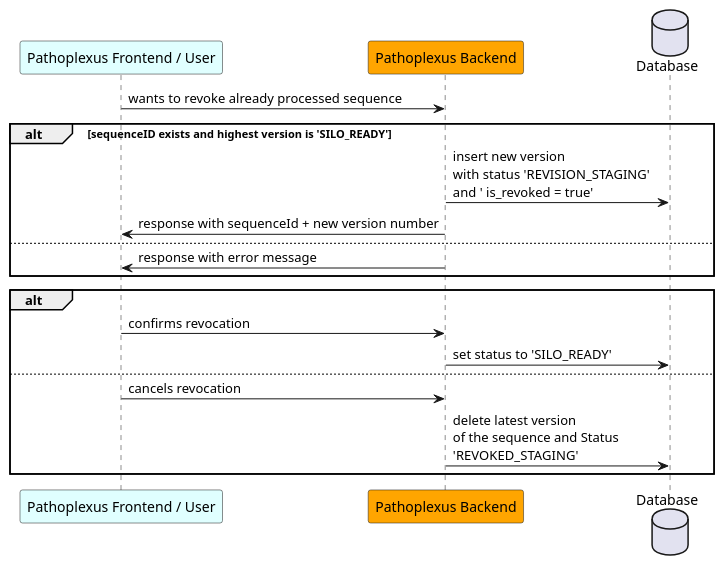
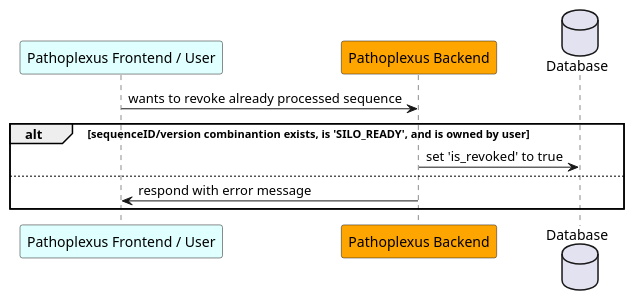
Before and after one commit to loculus-project/loculus: the diagram in backend/docs/plantuml/sequenceRevocation.puml, drawn with PlantUML. The commit also changed 7 other files, not shown here.

First line of the commit message:
doc(backend): propose simpler submission flow

```diff
--- a/backend/docs/plantuml/sequenceRevocation.puml
+++ b/backend/docs/plantuml/sequenceRevocation.puml
@@ -1,22 +1,13 @@
 @startuml
     participant "Pathoplexus Frontend / User" as frontend #LightCyan
     participant "Pathoplexus Backend" as backend #Orange
     database "Database" as DB
 
     frontend -> backend: wants to revoke already processed sequence
 
-     alt sequenceID exists and highest version is 'SILO_READY'
-        backend -> DB: insert new version\nwith status 'REVISION_STAGING' \nand ' is_revoked = true'
-    backend -> frontend: response with sequenceId + new version number
+    alt sequenceID/version combinantion exists, is 'SILO_READY', and is owned by user
+        backend -> DB: set 'is_revoked' to true
     else
-        backend -> frontend: response with error message
-    end
-
-    alt
-        frontend -> backend: confirms revocation
-        backend -> DB: set status to 'SILO_READY'
-    else
-        frontend -> backend: cancels revocation
-        backend -> DB: delete latest version \nof the sequence and Status \n'REVOKED_STAGING'
+        backend -> frontend: respond with error message
     end
 @enduml
```
